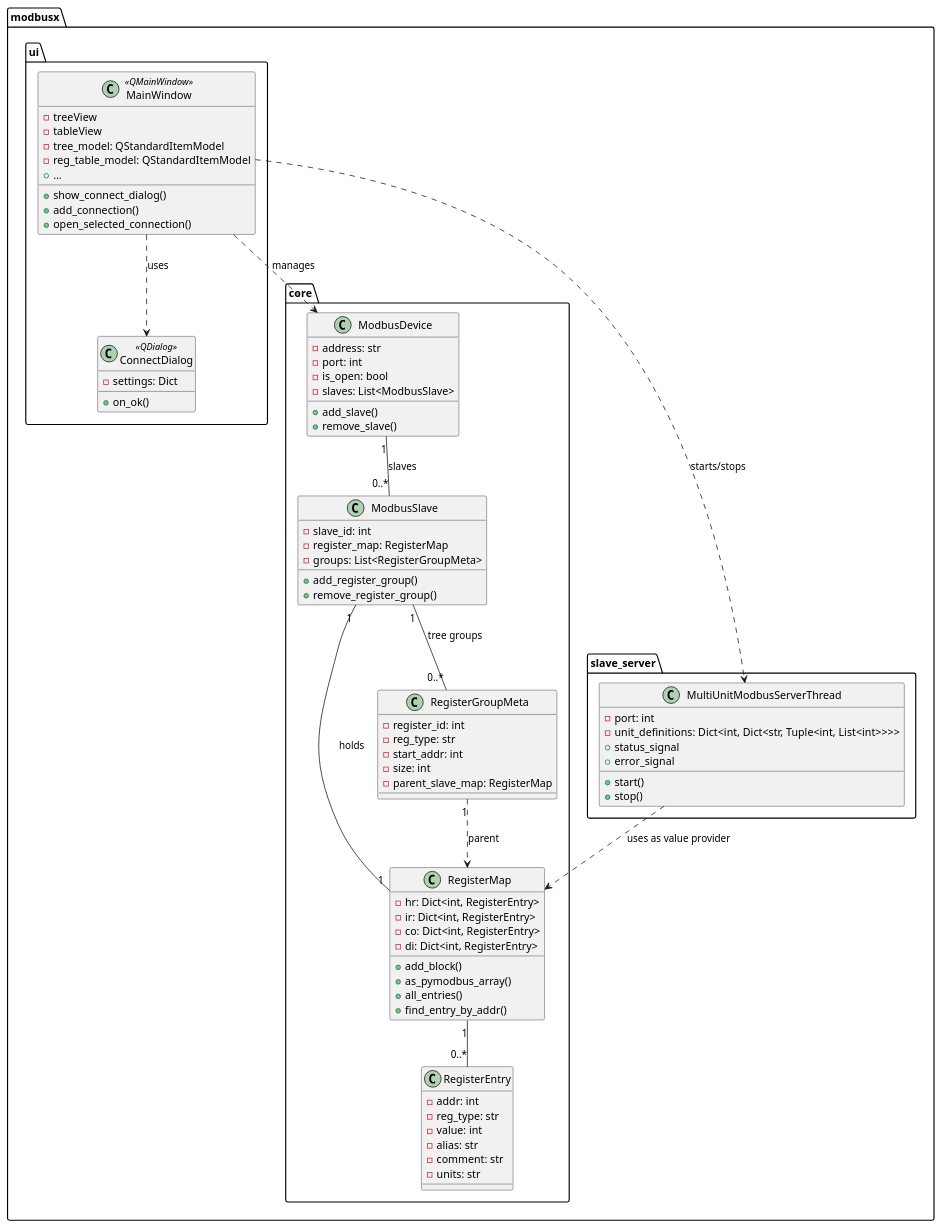
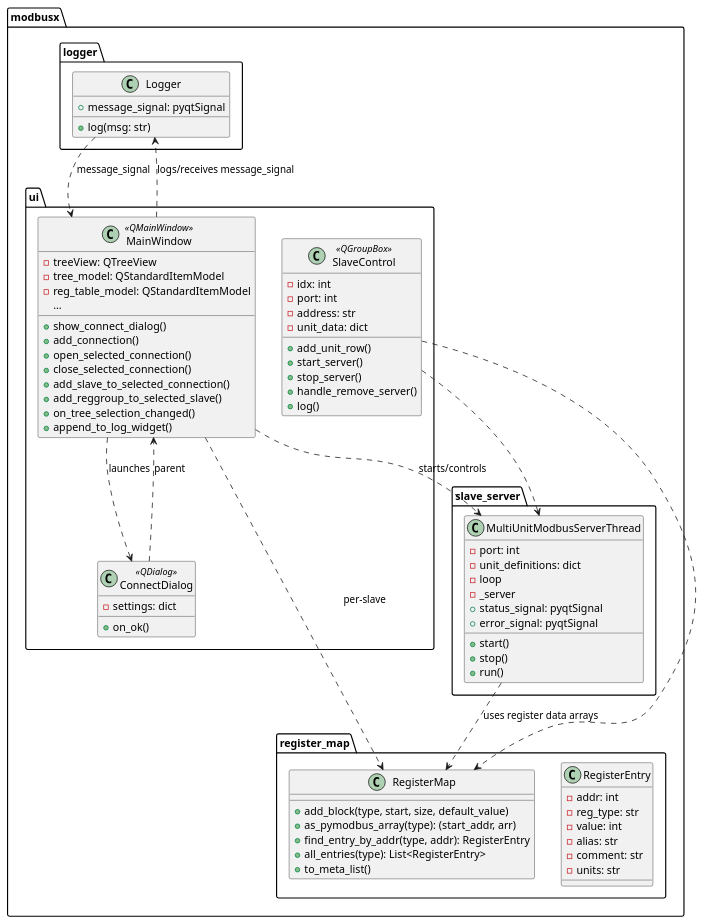
One commit to sweeboon/ModBusX changed the diagram in docs/diagrams/class_diagram.puml. Above: the diagram before and after it, drawn with PlantUML. The commit also changed 3 other files, not shown here.

Commit message:
Refactor class diagrams and update UI components for SlaveControl

```diff
--- a/docs/diagrams/class_diagram.puml
+++ b/docs/diagrams/class_diagram.puml
@@ -1,92 +1,98 @@
 @startuml
-' ========== PACKAGE STRUCTURE ==========
-package "modbusx.core" {
-    class ModbusDevice {
-        - address: str
-        - port: int
-        - is_open: bool
-        - slaves: List<ModbusSlave>
-        + add_slave()
-        + remove_slave()
-    }
 
-    class ModbusSlave {
-        - slave_id: int
-        - register_map: RegisterMap
-        - groups: List<RegisterGroupMeta>
-        + add_register_group()
-        + remove_register_group()
-    }
-    class RegisterMap {
-        - hr: Dict<int, RegisterEntry>
-        - ir: Dict<int, RegisterEntry>
-        - co: Dict<int, RegisterEntry>
-        - di: Dict<int, RegisterEntry>
-        + add_block()
-        + as_pymodbus_array()
-        + all_entries()
-        + find_entry_by_addr()
-    }
+'==================== USED MODULES ==========================
+
+package "modbusx.register_map" {
     class RegisterEntry {
         - addr: int
         - reg_type: str
         - value: int
         - alias: str
         - comment: str
         - units: str
     }
-    ' Stand-in for group nodes in tree (not the register data itself)
-    class RegisterGroupMeta {
-        - register_id: int
-        - reg_type: str
-        - start_addr: int
-        - size: int
-        - parent_slave_map: RegisterMap
+    class RegisterMap {
+        + add_block(type, start, size, default_value)
+        + as_pymodbus_array(type): (start_addr, arr)
+        + find_entry_by_addr(type, addr): RegisterEntry
+        + all_entries(type): List<RegisterEntry>
+        + to_meta_list()
+    }
+}
+
+package "modbusx.logger" {
+    class Logger {
+        + log(msg: str)
+        + message_signal: pyqtSignal
     }
 }
 
 package "modbusx.slave_server" {
     class MultiUnitModbusServerThread {
         - port: int
-        - unit_definitions: Dict<int, Dict<str, Tuple<int, List<int>>>>
+        - unit_definitions: dict
+        - loop
+        - _server
+        + status_signal: pyqtSignal
+        + error_signal: pyqtSignal
         + start()
         + stop()
-        + status_signal
-        + error_signal
+        + run()
     }
 }
 
 package "modbusx.ui" {
     class MainWindow <<QMainWindow>> {
-        - treeView
-        - tableView
+        - treeView: QTreeView
         - tree_model: QStandardItemModel
         - reg_table_model: QStandardItemModel
         + show_connect_dialog()
         + add_connection()
         + open_selected_connection()
-        + ...
+        + close_selected_connection()
+        + add_slave_to_selected_connection()
+        + add_reggroup_to_selected_slave()
+        + on_tree_selection_changed()
+        + append_to_log_widget()
+        ...
     }
+
     class ConnectDialog <<QDialog>> {
-        - settings: Dict
+        - settings: dict
         + on_ok()
+    }
+
+    class SlaveControl <<QGroupBox>> {
+        - idx: int
+        - port: int
+        - address: str
+        - unit_data: dict
+        + add_unit_row()
+        + start_server()
+        + stop_server()
+        + handle_remove_server()
+        + log()
     }
 }
 
-' ========== RELATIONSHIPS ==========
-ModbusDevice "1" -- "0..*" ModbusSlave : slaves
-ModbusSlave "1" -- "1" RegisterMap : "holds"
-ModbusSlave "1" -- "0..*" RegisterGroupMeta : "tree groups"
-RegisterMap "1" -- "0..*" RegisterEntry
-RegisterGroupMeta "1" ..> RegisterMap : parent
+'=================== RELATIONSHIPS ============================
 
-' UI->Model and Backend
-MainWindow ..> ModbusDevice : manages
-MainWindow ..> MultiUnitModbusServerThread : starts/stops
-MainWindow ..> ConnectDialog : uses
+' MainWindow is wired up with everything
+MainWindow ..> RegisterMap       : per-slave
+MainWindow ..> MultiUnitModbusServerThread : starts/controls
+MainWindow ..> ConnectDialog     : launches
+MainWindow ..> Logger            : logs/receives message_signal
 
-' ServerThread expects:
-'   unit_definitions: Dict<slave_id, Dict<regtype, (start_addr, array)>>
-MultiUnitModbusServerThread ..> RegisterMap : uses as value provider
+MultiUnitModbusServerThread ..> RegisterMap : uses register data arrays
+
+' Dialog is only used from MainWindow
+ConnectDialog ..> MainWindow : parent
+
+' SlaveControl is independently used as widget for per-port server
+SlaveControl ..> RegisterMap
+SlaveControl ..> MultiUnitModbusServerThread
+
+' Logger is observable signal/slot for logging messages
+Logger ..> MainWindow : message_signal
 
 @enduml
```
